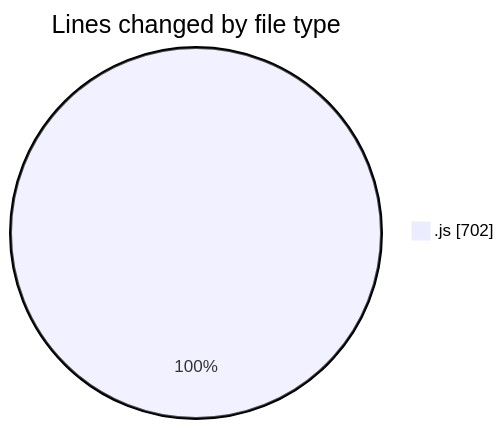
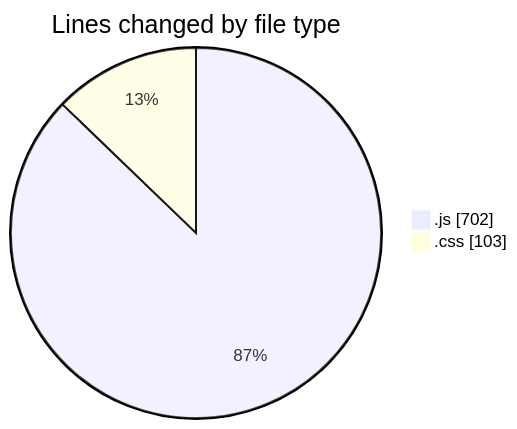
Before and after one commit to Ritupan-Deka/code-tracking: the first of 2 diagrams in 2025-07-20/mern-workoutboard/README.md, drawn with Mermaid. The commit also changed other lines of this file and 1 other file, not shown here.

````diff
--- a/2025-07-20/mern-workoutboard/README.md
+++ b/2025-07-20/mern-workoutboard/README.md
@@ -26,5 +27,6 @@
 ```mermaid
 pie showData
 title Lines changed by file type
 ".js" : 702
+".css" : 103
 ```
````
